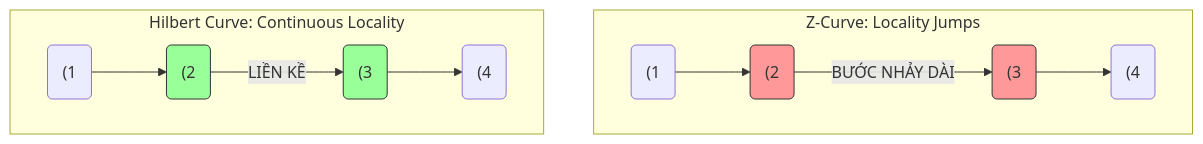
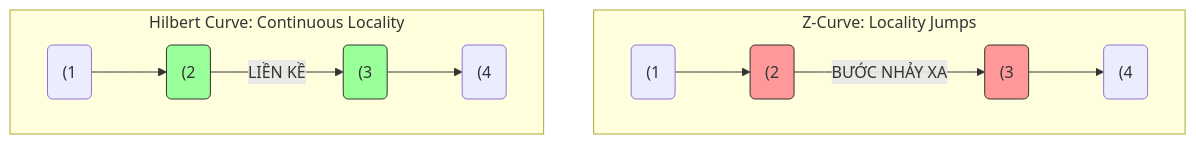
One commit to kythuatdulieu/kythuatdulieu.github.io changed the diagram in src/content/docs/concepts/3-storage-engines-formats/liquid-clustering-deep-dive.md. Above: the diagram before and after it, drawn with Mermaid. The commit also changed other lines of this file and 228 other files, not shown here.

Commit message:
Fix syntax and rewrite 200+ concepts docs to deep-dive system architecture and add GA4 tracking to quiz app

````diff
--- a/src/content/docs/concepts/3-storage-engines-formats/liquid-clustering-deep-dive.md
+++ b/src/content/docs/concepts/3-storage-engines-formats/liquid-clustering-deep-dive.md
@@ -30,20 +28,20 @@
 ```mermaid
 graph TD
     subgraph z_curve["Z-Curve: Locality Jumps"]
     direction LR
     Z1("(1") --> Z2("(2")
-    Z2 -->|BƯỚC NHẢY DÀI| Z3("(3")
+    Z2 -->|BƯỚC NHẢY XA| Z3("(3")
     Z3 --> Z4("(4")
     style Z2 fill:#f99,stroke:#333
     style Z3 fill:#f99,stroke:#333
     end
 
     subgraph hilbert["Hilbert Curve: Continuous Locality"]
     direction LR
     H1("(1") --> H2("(2")
     H2 -->|LIỀN KỀ| H3("(3")
     H3 --> H4("(4")
     style H2 fill:#9f9,stroke:#333
     style H3 fill:#9f9,stroke:#333
     end
 ```
````
